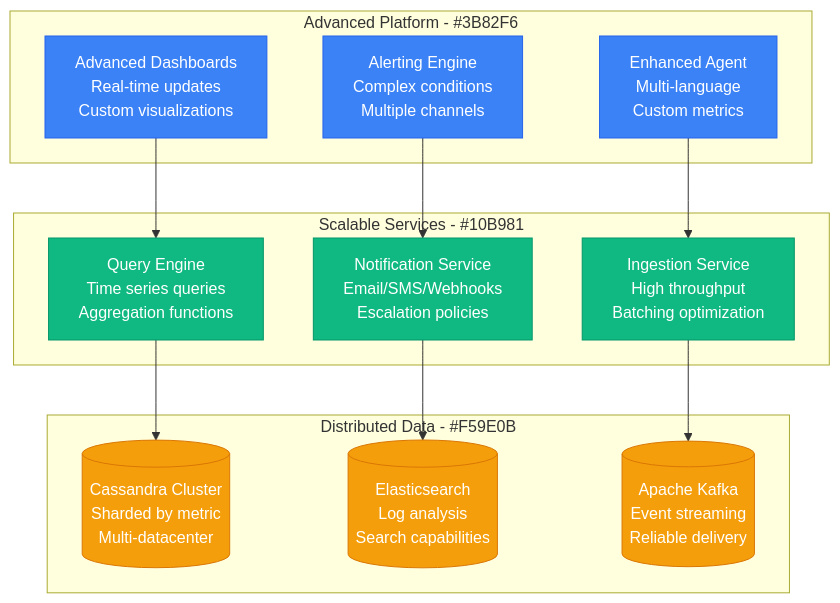
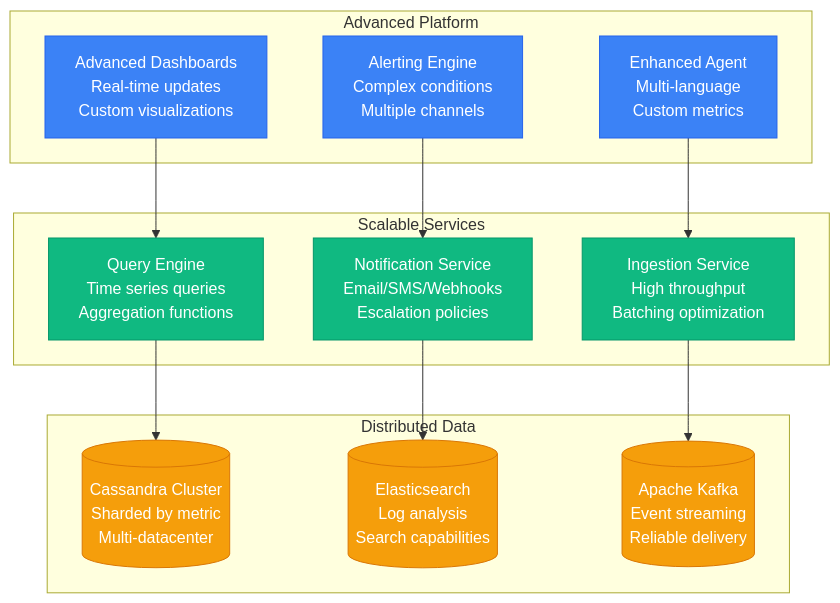
The second of 3 diagrams in site/docs/scaling/datadog-scale-evolution.md (deepaucksharma/DS), drawn with Mermaid before and after one commit. The commit also changed other lines of this file and 169 other files, not shown here.

````diff
--- a/site/docs/scaling/datadog-scale-evolution.md
+++ b/site/docs/scaling/datadog-scale-evolution.md
@@ -70,35 +70,35 @@
 ```mermaid
 graph TB
-    subgraph AdvancedPlatform[Advanced Platform - #3B82F6]
+    subgraph AdvancedPlatform["Advanced Platform"]
         AGENT_V2[Enhanced Agent<br/>Multi-language<br/>Custom metrics]
         DASHBOARD[Advanced Dashboards<br/>Real-time updates<br/>Custom visualizations]
         ALERTING[Alerting Engine<br/>Complex conditions<br/>Multiple channels]
     end
 
-    subgraph ScalableServices[Scalable Services - #10B981]
+    subgraph ScalableServices["Scalable Services"]
         INGESTION[Ingestion Service<br/>High throughput<br/>Batching optimization]
         QUERY_ENGINE[Query Engine<br/>Time series queries<br/>Aggregation functions]
         NOTIFICATION[Notification Service<br/>Email/SMS/Webhooks<br/>Escalation policies]
     end
 
-    subgraph DistributedData[Distributed Data - #F59E0B]
+    subgraph DistributedData["Distributed Data"]
         CASSANDRA_CLUSTER[(Cassandra Cluster<br/>Sharded by metric<br/>Multi-datacenter)]
         ELASTICSEARCH[(Elasticsearch<br/>Log analysis<br/>Search capabilities)]
         KAFKA[(Apache Kafka<br/>Event streaming<br/>Reliable delivery)]
     end
 
     AGENT_V2 --> INGESTION
     DASHBOARD --> QUERY_ENGINE
     ALERTING --> NOTIFICATION
     INGESTION --> KAFKA
     QUERY_ENGINE --> CASSANDRA_CLUSTER
     NOTIFICATION --> ELASTICSEARCH
 
     classDef platformStyle fill:#3B82F6,stroke:#2563EB,color:#fff
     classDef serviceStyle fill:#10B981,stroke:#059669,color:#fff
     classDef dataStyle fill:#F59E0B,stroke:#D97706,color:#fff
 
     class AGENT_V2,DASHBOARD,ALERTING platformStyle
     class INGESTION,QUERY_ENGINE,NOTIFICATION serviceStyle
     class CASSANDRA_CLUSTER,ELASTICSEARCH,KAFKA dataStyle
 ```
````
